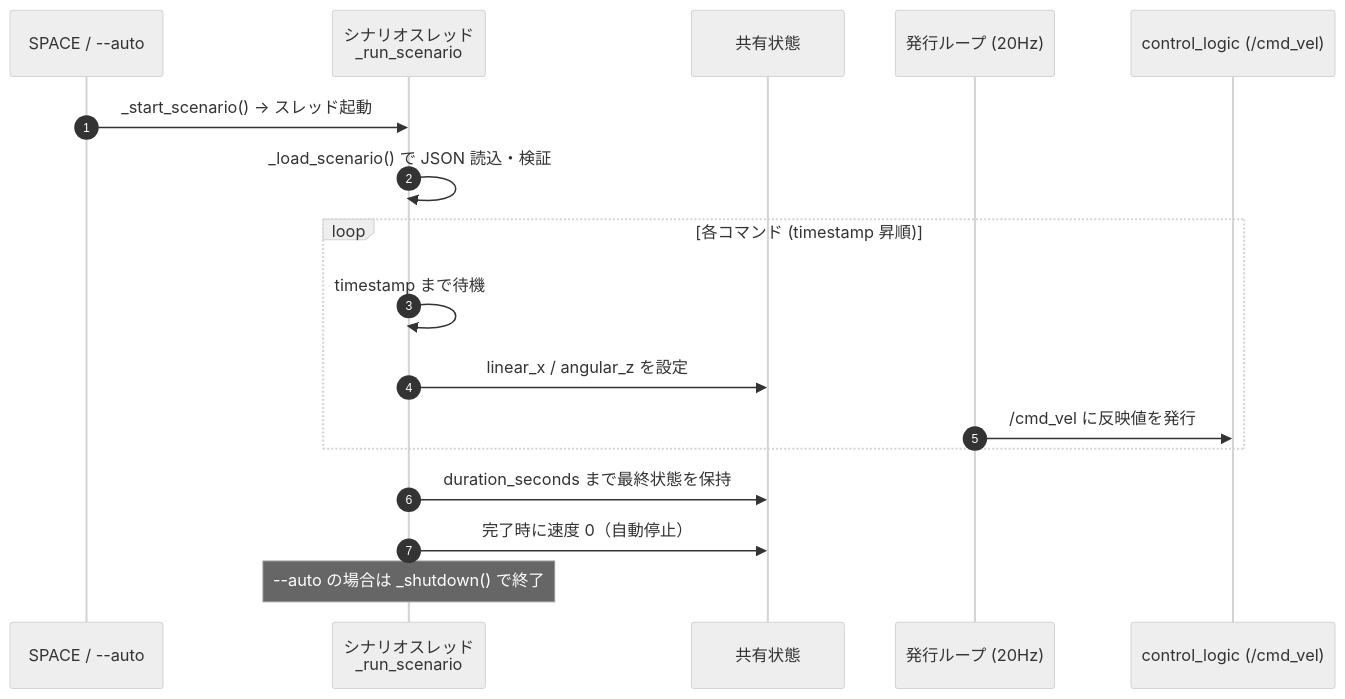
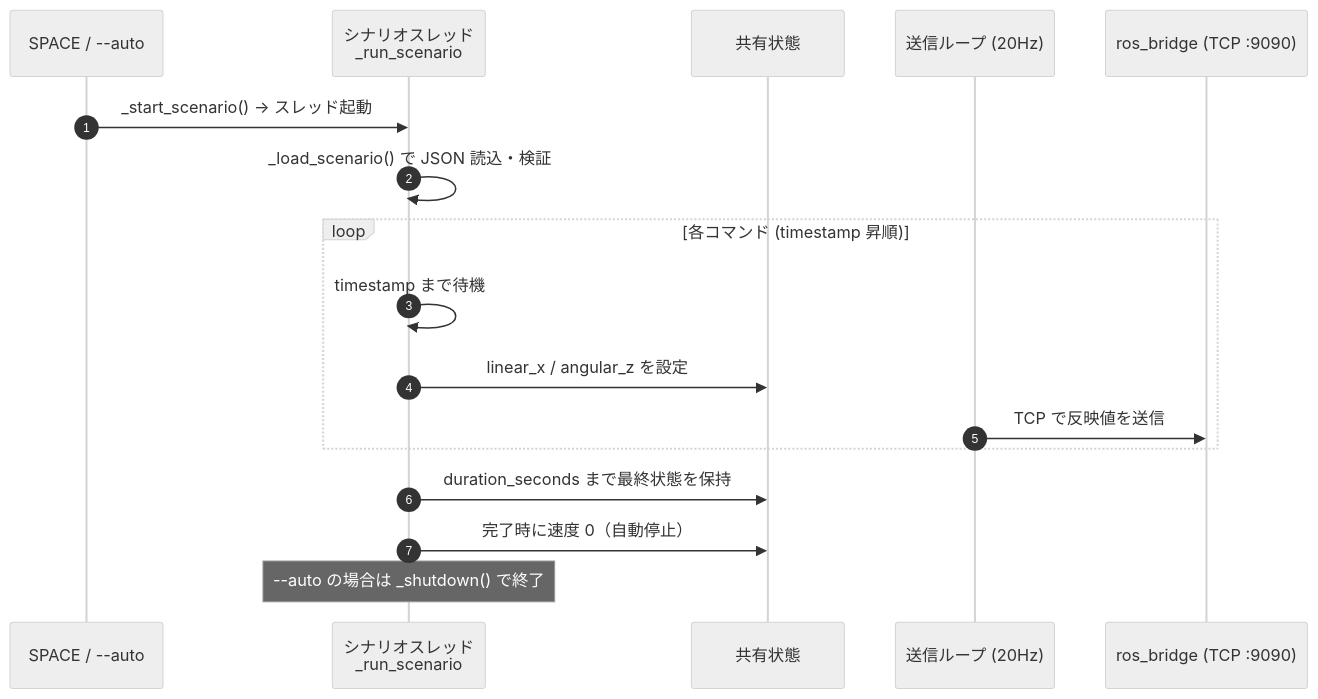
Before and after one commit to taku0310/gazebo-keyboard-control: the third of 3 diagrams in keyboard_input/src/README.md, drawn with Mermaid (neutral theme). The commit also changed other lines of this file and 3 other files, not shown here.

First line of the commit message:
docs: TCP ROS Bridge architecture (README/TROUBLESHOOT/src docs)

````diff
--- a/keyboard_input/src/README.md
+++ b/keyboard_input/src/README.md
@@ -107,20 +109,20 @@
 ```mermaid
 sequenceDiagram
     autonumber
     participant TRIG as SPACE / --auto
     participant SCN as シナリオスレッド<br/>_run_scenario
     participant ST as 共有状態
-    participant PUB as 発行ループ (20Hz)
-    participant CL as control_logic (/cmd_vel)
+    participant PUB as 送信ループ (20Hz)
+    participant BR as ros_bridge (TCP :9090)
 
     TRIG->>SCN: _start_scenario() → スレッド起動
     SCN->>SCN: _load_scenario() で JSON 読込・検証
     loop 各コマンド (timestamp 昇順)
         SCN->>SCN: timestamp まで待機
         SCN->>ST: linear_x / angular_z を設定
-        PUB->>CL: /cmd_vel に反映値を発行
+        PUB->>BR: TCP で反映値を送信
     end
     SCN->>ST: duration_seconds まで最終状態を保持
     SCN->>ST: 完了時に速度 0（自動停止）
     Note over SCN: --auto の場合は _shutdown() で終了
 ```
````
